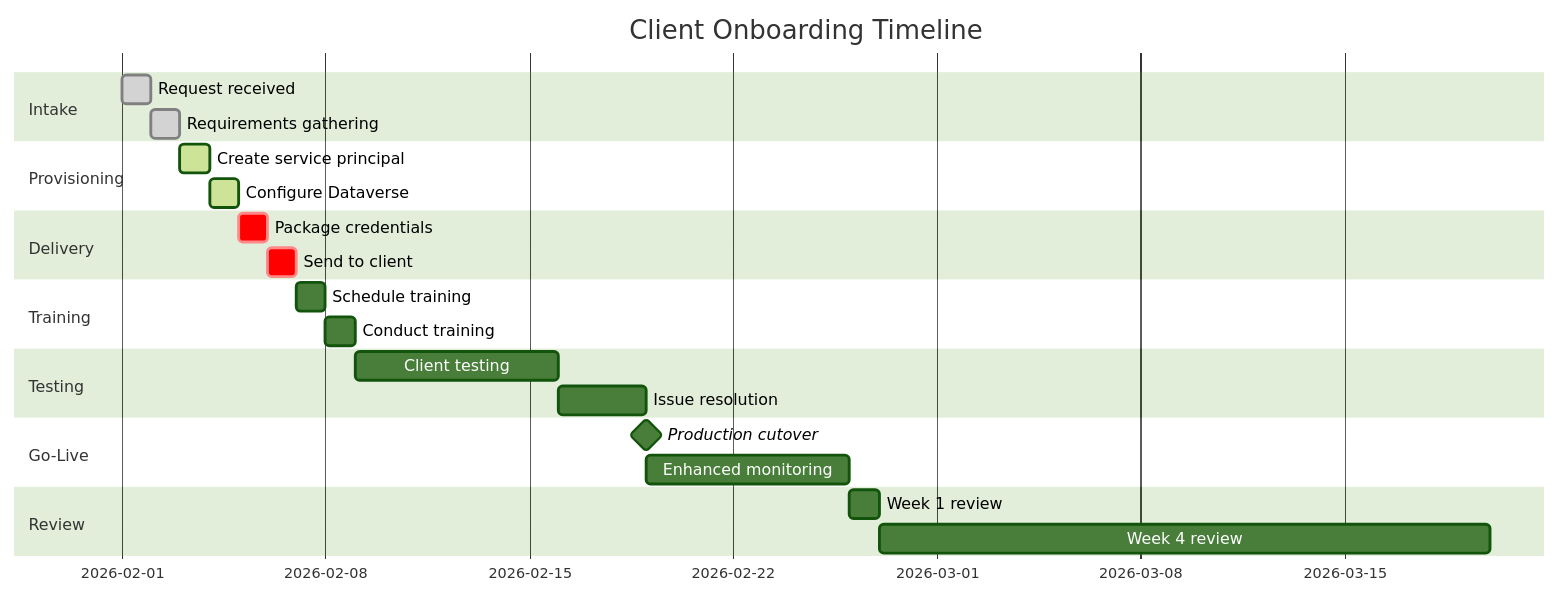
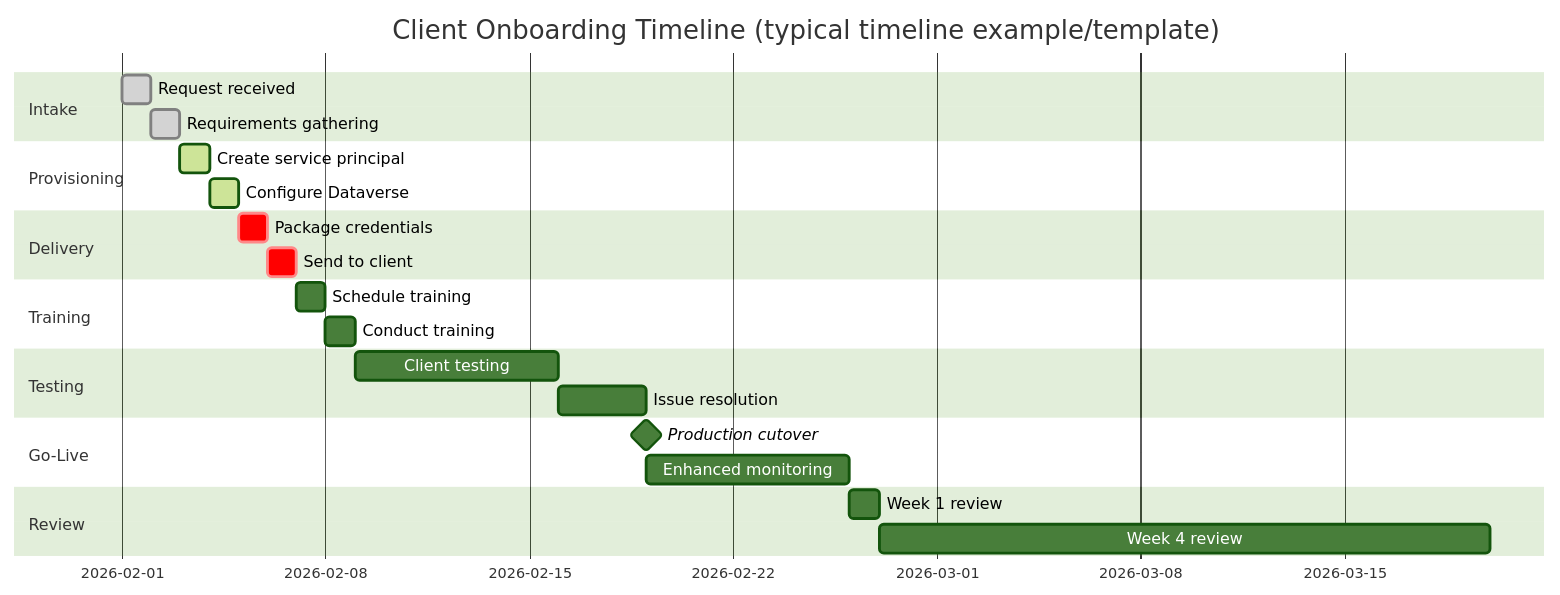
Before and after one commit to Cloudstrucc/nintex-dataverse: diagram 15 of 21 in README.md, drawn with Mermaid (forest theme). The commit also changed other lines of this file, not shown here.

````diff
--- a/README.md
+++ b/README.md
@@ -1500,33 +1500,33 @@
 ```mermaid
 gantt
-    title Client Onboarding Timeline
+    title Client Onboarding Timeline (typical timeline example/template)
     dateFormat  YYYY-MM-DD
     
     section Intake
     Request received           :done, intake1, 2026-02-01, 1d
     Requirements gathering     :done, intake2, after intake1, 1d
     
     section Provisioning
     Create service principal   :active, prov1, after intake2, 1d
     Configure Dataverse        :active, prov2, after prov1, 1d
     
     section Delivery
     Package credentials        :crit, del1, after prov2, 1d
     Send to client             :crit, del2, after del1, 1d
     
     section Training
     Schedule training          :train1, after del2, 1d
     Conduct training           :train2, after train1, 1d
     
     section Testing
     Client testing             :test1, after train2, 7d
     Issue resolution           :test2, after test1, 3d
     
     section Go-Live
     Production cutover         :milestone, golive, after test2, 0d
     Enhanced monitoring        :monitor, after golive, 7d
     
     section Review
     Week 1 review              :review1, after monitor, 1d
     Week 4 review              :review2, after review1, 21d
 ```
````
